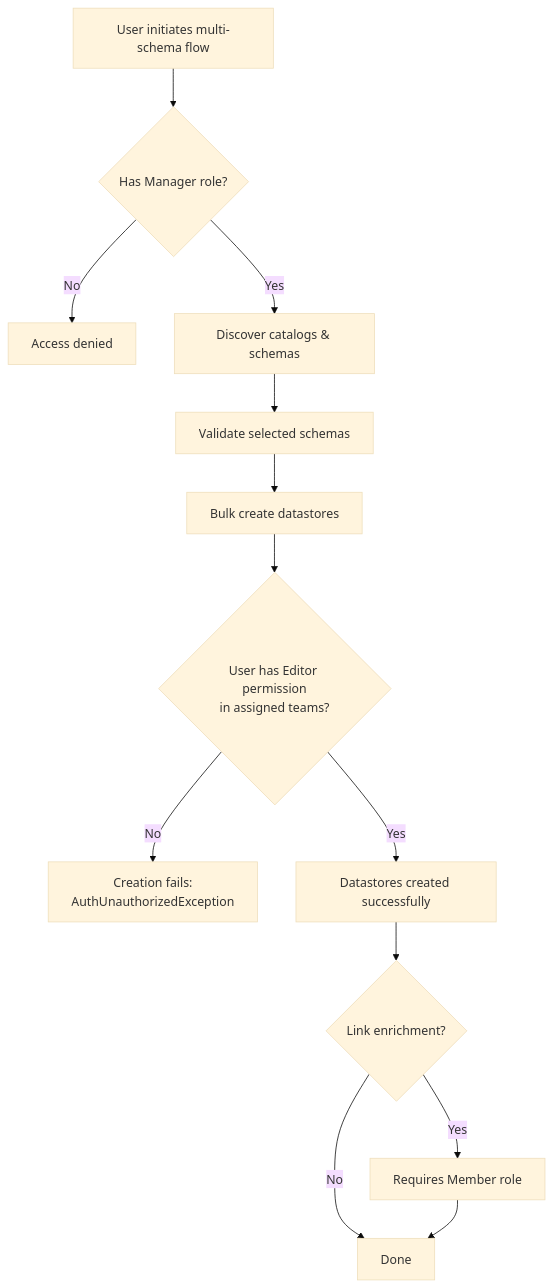
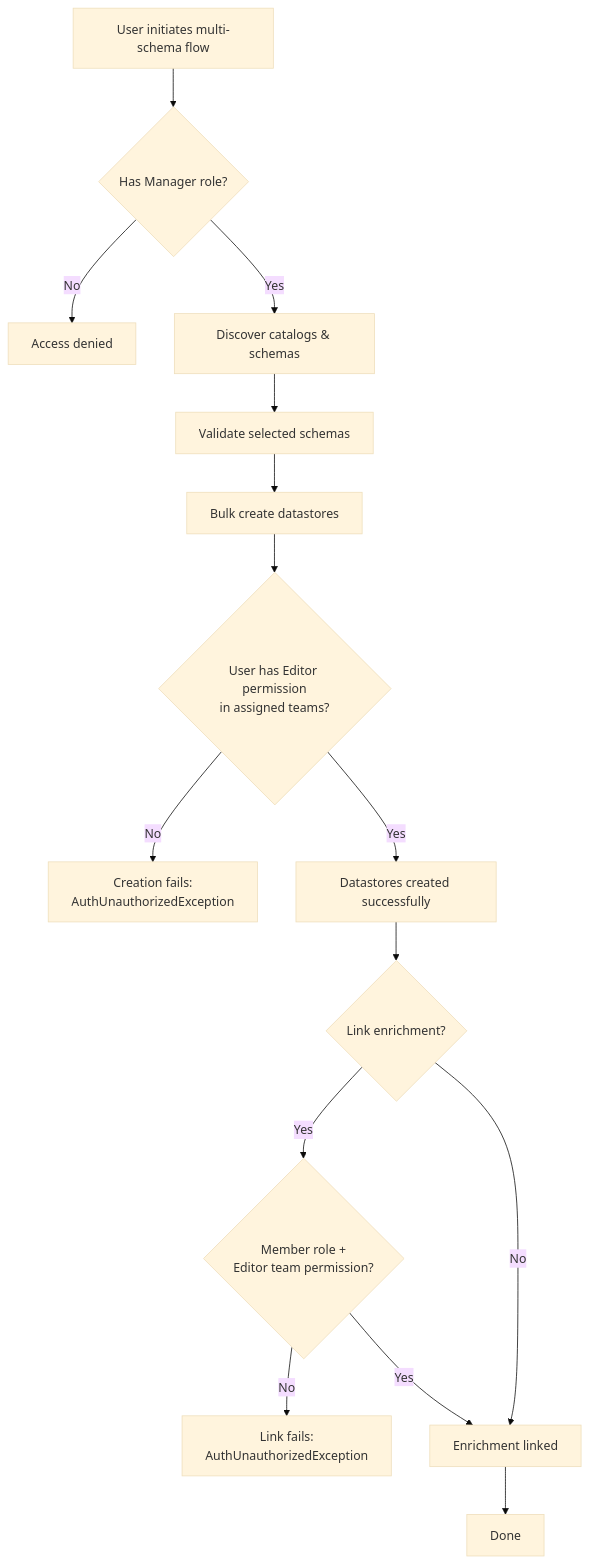
The diagram in docs/source-datastore/add-datastores/multi-schema/permissions.md (Qualytics/userguide), drawn with Mermaid (base theme) before and after one commit. The commit also changed other lines of this file and 20 other files, not shown here.

````diff
--- a/docs/source-datastore/add-datastores/multi-schema/permissions.md
+++ b/docs/source-datastore/add-datastores/multi-schema/permissions.md
@@ -39,15 +39,17 @@
 ```mermaid
 graph TD
     A[User initiates multi-schema flow] --> B{Has Manager role?}
     B -->|No| C[Access denied]
     B -->|Yes| D[Discover catalogs & schemas]
     D --> E[Validate selected schemas]
     E --> F[Bulk create datastores]
     F --> G{User has Editor permission<br/>in assigned teams?}
     G -->|No| H[Creation fails:<br/>AuthUnauthorizedException]
     G -->|Yes| I[Datastores created successfully]
     I --> J{Link enrichment?}
-    J -->|Yes| K[Requires Member role]
-    J -->|No| L[Done]
-    K --> L
+    J -->|Yes| K{Member role +<br/>Editor team permission?}
+    K -->|No| M[Link fails:<br/>AuthUnauthorizedException]
+    K -->|Yes| L[Enrichment linked]
+    J -->|No| L
+    L --> N[Done]
 ```
````
